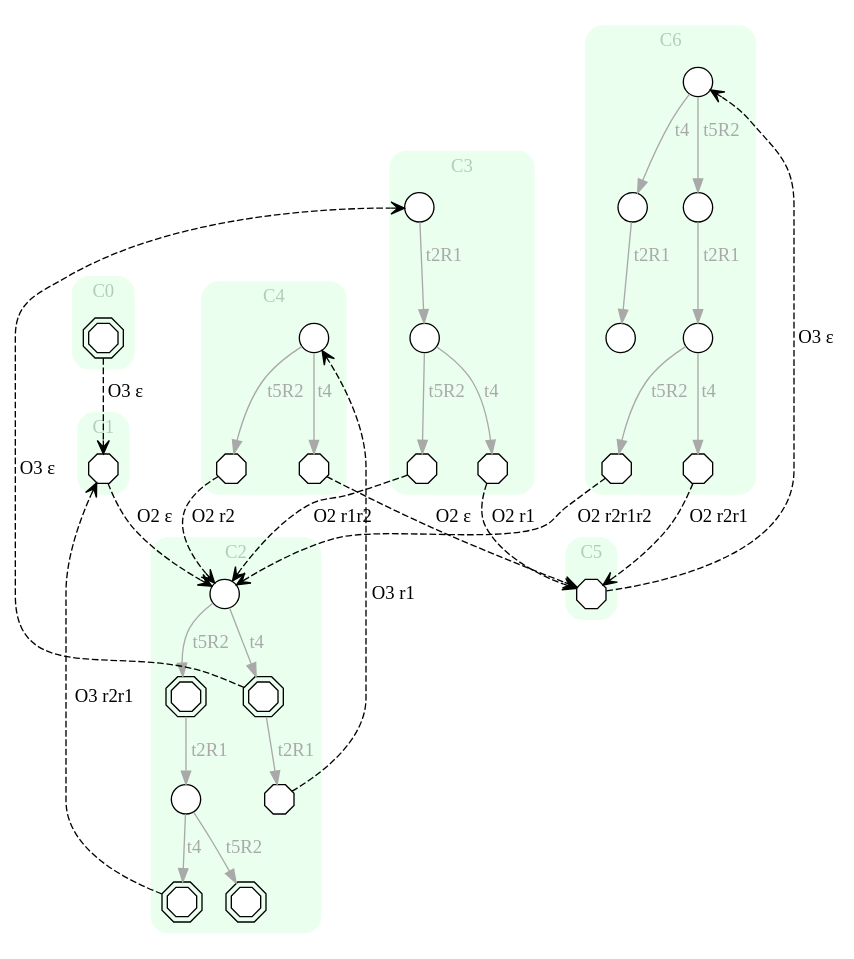
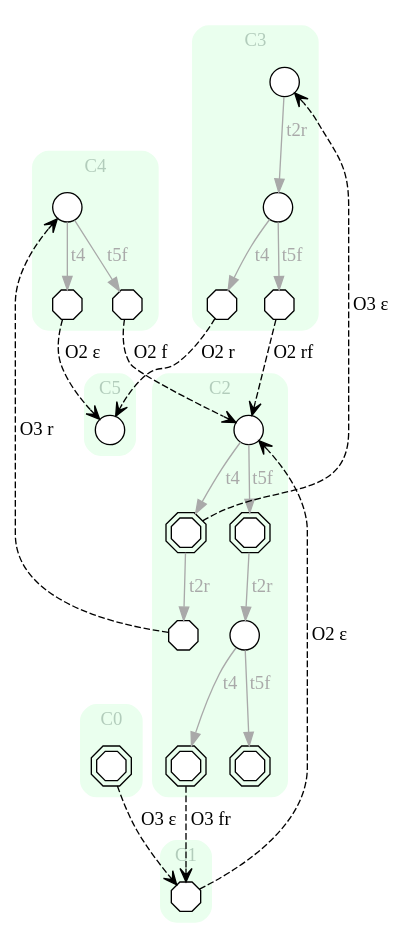
One commit to Stefano-BS/Explanatory-Diagnosis changed the diagram in input/e_PEX.dot. Above: the diagram before and after it, drawn with Graphviz. The commit also changed 71 other files, not shown here.

```diff
--- a/input/e_PEX.dot
+++ b/input/e_PEX.dot
@@ -1,84 +1,64 @@
 digraph "EXPinput/e" {
 node [style=filled fillcolor=white]
 subgraph cluster0 {
 style="rounded,filled" label="C0" fontcolor="#B2CCBB" color="#EAFFEE"
 edge[color=darkgray fontcolor=darkgray]
 node [shape=doubleoctagon width=0.3 height=0.3]; C0S0 [label=""];
 }
 subgraph cluster1 {
 style="rounded,filled" label="C1" fontcolor="#B2CCBB" color="#EAFFEE"
 edge[color=darkgray fontcolor=darkgray]
 node [shape=octagon width=0.3 height=0.3]; C1S0 [label=""];
 }
 subgraph cluster2 {
 style="rounded,filled" label="C2" fontcolor="#B2CCBB" color="#EAFFEE"
 edge[color=darkgray fontcolor=darkgray]
 node [shape=circle width=0.3 height=0.3]; C2S0 [label=""];
 node [shape=doubleoctagon width=0.3 height=0.3]; C2S1 [label=""];
 node [shape=octagon width=0.3 height=0.3]; C2S2 [label=""];
 node [shape=doubleoctagon width=0.3 height=0.3]; C2S3 [label=""];
 node [shape=circle width=0.3 height=0.3]; C2S4 [label=""];
 node [shape=doubleoctagon width=0.3 height=0.3]; C2S5 [label=""];
 node [shape=doubleoctagon width=0.3 height=0.3]; C2S6 [label=""];
-C2S0 -> C2S3 [label=t5R2]
+C2S0 -> C2S3 [label=t5f]
 C2S0 -> C2S1 [label=t4]
-C2S1 -> C2S2 [label=t2R1]
-C2S3 -> C2S4 [label=t2R1]
-C2S4 -> C2S6 [label=t5R2]
+C2S1 -> C2S2 [label=t2r]
+C2S3 -> C2S4 [label=t2r]
+C2S4 -> C2S6 [label=t5f]
 C2S4 -> C2S5 [label=t4]
 }
 subgraph cluster3 {
 style="rounded,filled" label="C3" fontcolor="#B2CCBB" color="#EAFFEE"
 edge[color=darkgray fontcolor=darkgray]
 node [shape=circle width=0.3 height=0.3]; C3S0 [label=""];
 node [shape=circle width=0.3 height=0.3]; C3S1 [label=""];
 node [shape=octagon width=0.3 height=0.3]; C3S2 [label=""];
 node [shape=octagon width=0.3 height=0.3]; C3S3 [label=""];
-C3S0 -> C3S1 [label=t2R1]
-C3S1 -> C3S3 [label=t5R2]
+C3S0 -> C3S1 [label=t2r]
+C3S1 -> C3S3 [label=t5f]
 C3S1 -> C3S2 [label=t4]
 }
 subgraph cluster4 {
 style="rounded,filled" label="C4" fontcolor="#B2CCBB" color="#EAFFEE"
 edge[color=darkgray fontcolor=darkgray]
 node [shape=circle width=0.3 height=0.3]; C4S0 [label=""];
 node [shape=octagon width=0.3 height=0.3]; C4S1 [label=""];
 node [shape=octagon width=0.3 height=0.3]; C4S2 [label=""];
-C4S0 -> C4S2 [label=t5R2]
+C4S0 -> C4S2 [label=t5f]
 C4S0 -> C4S1 [label=t4]
 }
 subgraph cluster5 {
 style="rounded,filled" label="C5" fontcolor="#B2CCBB" color="#EAFFEE"
 edge[color=darkgray fontcolor=darkgray]
-node [shape=octagon width=0.3 height=0.3]; C5S0 [label=""];
-}
-subgraph cluster6 {
-style="rounded,filled" label="C6" fontcolor="#B2CCBB" color="#EAFFEE"
-edge[color=darkgray fontcolor=darkgray]
-node [shape=circle width=0.3 height=0.3]; C6S0 [label=""];
-node [shape=circle width=0.3 height=0.3]; C6S1 [label=""];
-node [shape=circle width=0.3 height=0.3]; C6S2 [label=""];
-node [shape=circle width=0.3 height=0.3]; C6S3 [label=""];
-node [shape=circle width=0.3 height=0.3]; C6S4 [label=""];
-node [shape=octagon width=0.3 height=0.3]; C6S5 [label=""];
-node [shape=octagon width=0.3 height=0.3]; C6S6 [label=""];
-C6S0 -> C6S3 [label=t5R2]
-C6S0 -> C6S1 [label=t4]
-C6S1 -> C6S2 [label=t2R1]
-C6S3 -> C6S4 [label=t2R1]
-C6S4 -> C6S6 [label=t5R2]
-C6S4 -> C6S5 [label=t4]
+node [shape=circle width=0.3 height=0.3]; C5S0 [label=""];
 }
 C0S0 -> C1S0 [style=dashed arrowhead=vee label="O3 ε"]
 C1S0 -> C2S0 [style=dashed arrowhead=vee label="O2 ε"]
-C2S5 -> C1S0 [style=dashed arrowhead=vee label="O3 r2r1"]
+C2S5 -> C1S0 [style=dashed arrowhead=vee label="O3 fr"]
 C2S1 -> C3S0 [style=dashed arrowhead=vee label="O3 ε"]
-C3S3 -> C2S0 [style=dashed arrowhead=vee label="O2 r1r2"]
-C2S2 -> C4S0 [style=dashed arrowhead=vee label="O3 r1"]
-C4S2 -> C2S0 [style=dashed arrowhead=vee label="O2 r2"]
+C3S3 -> C2S0 [style=dashed arrowhead=vee label="O2 rf"]
+C2S2 -> C4S0 [style=dashed arrowhead=vee label="O3 r"]
+C4S2 -> C2S0 [style=dashed arrowhead=vee label="O2 f"]
 C4S1 -> C5S0 [style=dashed arrowhead=vee label="O2 ε"]
-C3S2 -> C5S0 [style=dashed arrowhead=vee label="O2 r1"]
-C5S0 -> C6S0 [style=dashed arrowhead=vee label="O3 ε"]
-C6S6 -> C2S0 [style=dashed arrowhead=vee label="O2 r2r1r2"]
-C6S5 -> C5S0 [style=dashed arrowhead=vee label="O2 r2r1"]
+C3S2 -> C5S0 [style=dashed arrowhead=vee label="O2 r"]
 }
```
